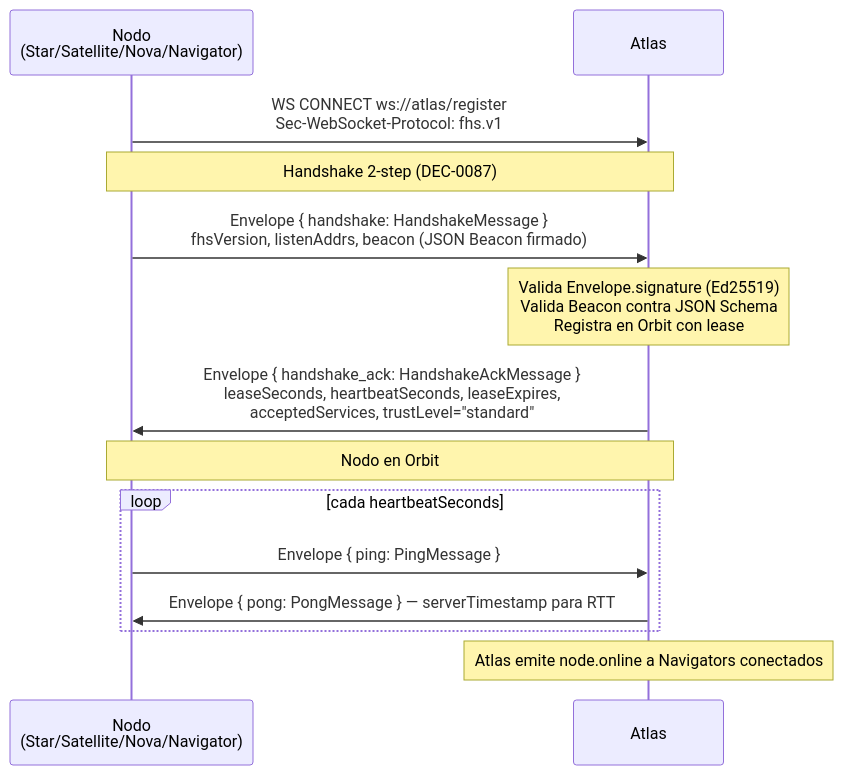
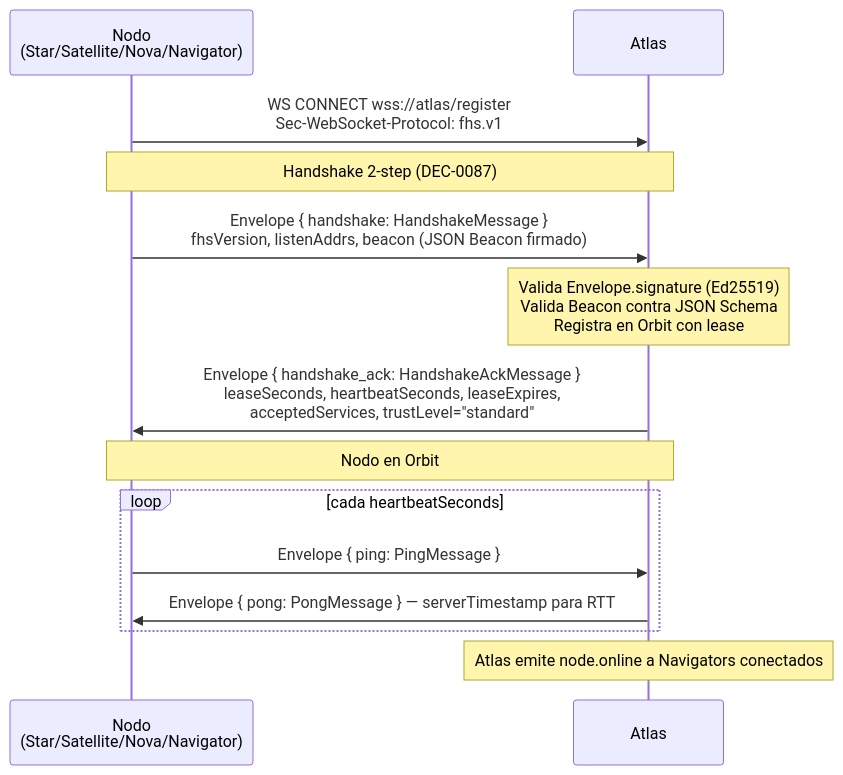
Before and after one commit to rafex/galaxIA: the first of 3 diagrams in protocol/handshake.md, drawn with Mermaid. The commit also changed other lines of this file and 13 other files, not shown here.

First line of the commit message:
chore(protocol): mandar WSS obligatorio en todo el protocolo FHS

````diff
--- a/protocol/handshake.md
+++ b/protocol/handshake.md
@@ -9,24 +9,24 @@
 ```mermaid
 sequenceDiagram
     participant N as Nodo<br/>(Star/Satellite/Nova/Navigator)
     participant A as Atlas
 
-    N->>A: WS CONNECT ws://atlas/register<br/>Sec-WebSocket-Protocol: fhs.v1
+    N->>A: WS CONNECT wss://atlas/register<br/>Sec-WebSocket-Protocol: fhs.v1
 
     note over N,A: Handshake 2-step (DEC-0087)
 
     N->>A: Envelope { handshake: HandshakeMessage }<br/>fhsVersion, listenAddrs, beacon (JSON Beacon firmado)
 
     note over A: Valida Envelope.signature (Ed25519)<br/>Valida Beacon contra JSON Schema<br/>Registra en Orbit con lease
 
     A->>N: Envelope { handshake_ack: HandshakeAckMessage }<br/>leaseSeconds, heartbeatSeconds, leaseExpires,<br/>acceptedServices, trustLevel="standard"
 
     note over N,A: Nodo en Orbit
 
     loop cada heartbeatSeconds
         N->>A: Envelope { ping: PingMessage }
         A->>N: Envelope { pong: PongMessage } — serverTimestamp para RTT
     end
 
     note over A: Atlas emite node.online a Navigators conectados
 ```
````
